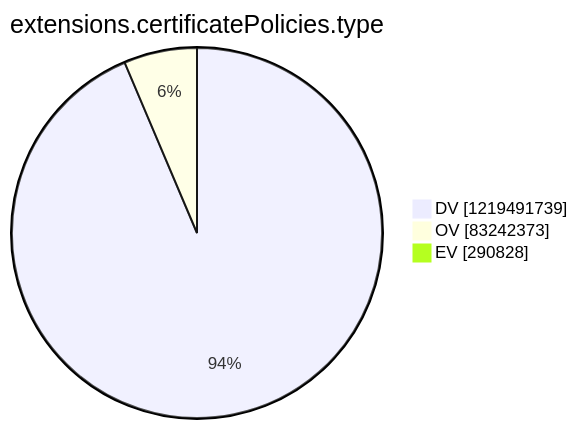
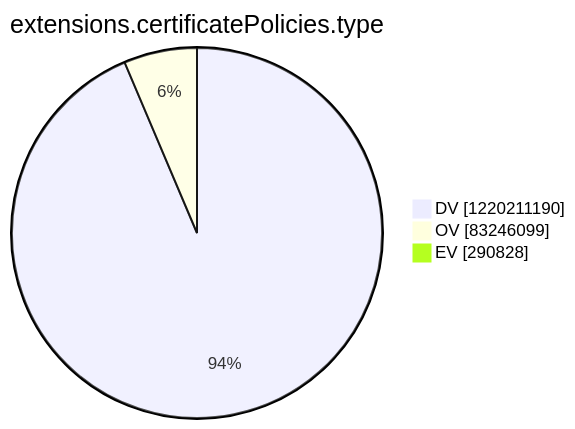
One commit to christiankrug/ctmonitor_visualization changed the tenth of 15 diagrams in argon2022/README.md. Above: the diagram before and after it, drawn with Mermaid. The commit also changed other lines of this file, not shown here.

````diff
--- a/argon2022/README.md
+++ b/argon2022/README.md
@@ -2769,7 +2769,7 @@
 ```mermaid
 pie showData
 title extensions.certificatePolicies.type
-"DV" :1219491739
-"OV" :83242373
+"DV" :1220211190
+"OV" :83246099
 "EV" :290828
 ```
````
